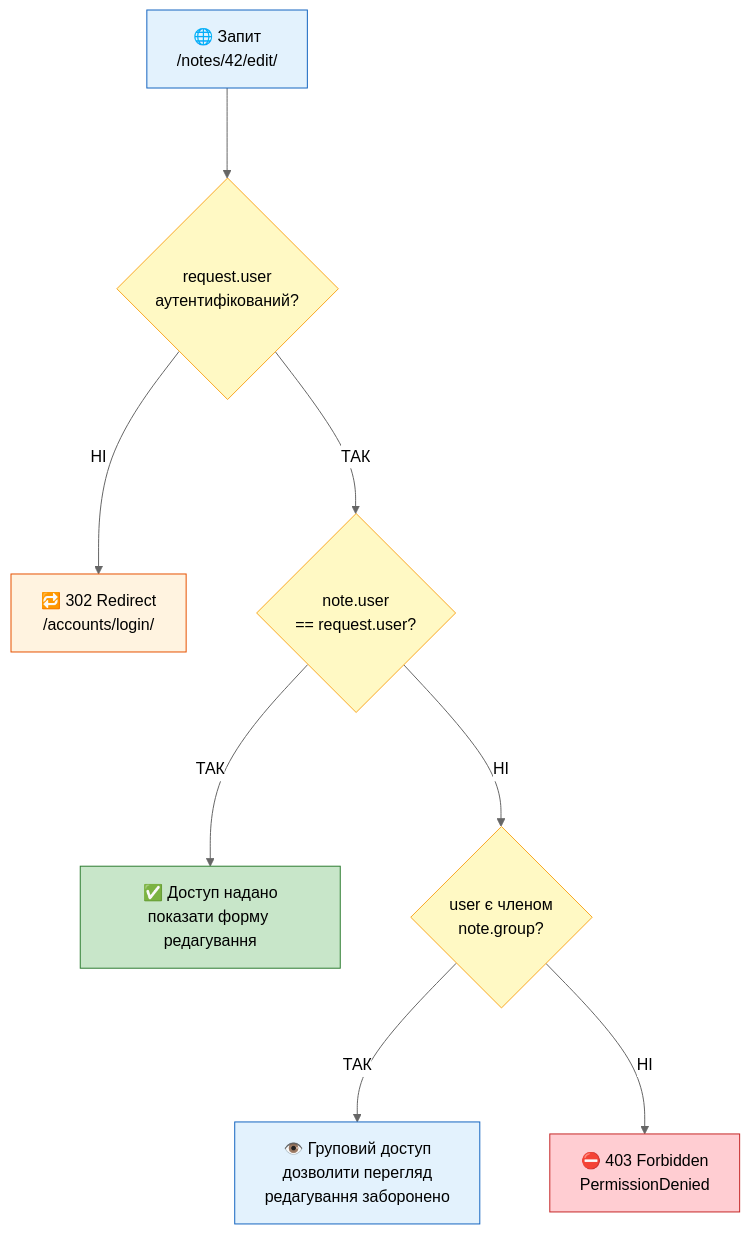
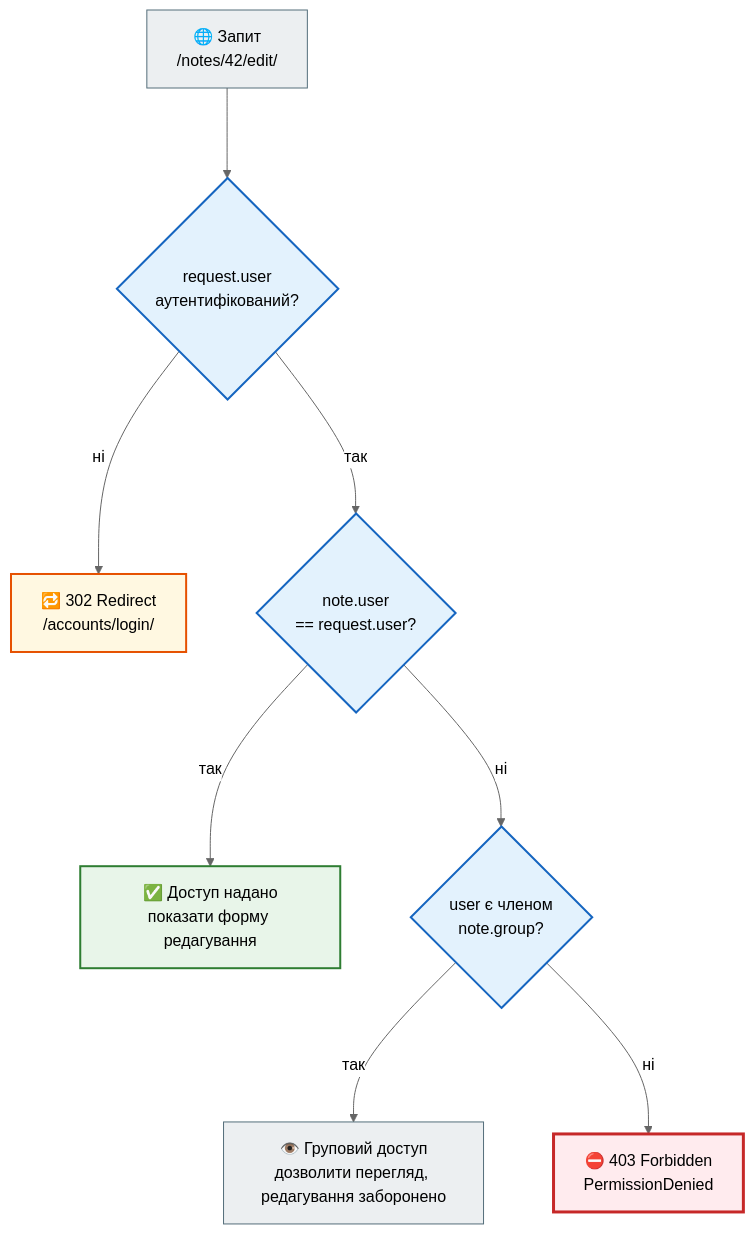
One commit to NikoriakViktot/notes_chat_app changed the eighth of 11 diagrams in docs/07_auth_and_security/security_foundations_full.md. Above: the diagram before and after it, drawn with Mermaid (neutral theme). The commit also changed other lines of this file and 441 other files, not shown here.

First line of the commit message:
Add English version of the book, Mermaid standard, docs fixes

````diff
--- a/docs/07_auth_and_security/security_foundations_full.md
+++ b/docs/07_auth_and_security/security_foundations_full.md
@@ -421,41 +417,43 @@
 ```mermaid
 %%{init: {'flowchart': {'nodeSpacing': 70, 'rankSpacing': 90}}}%%
 flowchart TD
 
     R["🌐 Запит<br/>/notes/42/edit/"]
 
     Q1{"request.user<br/>аутентифікований?"}
 
     R1["🔁 302 Redirect<br/>/accounts/login/"]
 
     Q2{"note.user<br/>== request.user?"}
 
     A1["✅ Доступ надано<br/>показати форму редагування"]
 
     Q3{"user є членом<br/>note.group?"}
 
-    A2["👁️ Груповий доступ<br/>дозволити перегляд<br/>редагування заборонено"]
+    A2["👁️ Груповий доступ<br/>дозволити перегляд, редагування заборонено"]
 
     A3["⛔ 403 Forbidden<br/>PermissionDenied"]
 
     R --> Q1
 
-    Q1 -->|НІ| R1
-    Q1 -->|ТАК| Q2
+    Q1 -->|ні| R1
+    Q1 -->|так| Q2
 
-    Q2 -->|ТАК| A1
-    Q2 -->|НІ| Q3
+    Q2 -->|так| A1
+    Q2 -->|ні| Q3
 
-    Q3 -->|ТАК| A2
-    Q3 -->|НІ| A3
+    Q3 -->|так| A2
+    Q3 -->|ні| A3
 
-    style R fill:#e3f2fd,stroke:#1565c0,color:#000000
-    style Q1 fill:#fff9c4,stroke:#f9a825,color:#000000
-    style Q2 fill:#fff9c4,stroke:#f9a825,color:#000000
-    style Q3 fill:#fff9c4,stroke:#f9a825,color:#000000
-
-    style R1 fill:#fff3e0,stroke:#e65100,color:#000000
-    style A1 fill:#c8e6c9,stroke:#2e7d32,color:#000000
-    style A2 fill:#e3f2fd,stroke:#1565c0,color:#000000
-    style A3 fill:#ffcdd2,stroke:#c62828,color:#000000
+    classDef step     fill:#eceff1,stroke:#546e7a,stroke-width:1px;
+    classDef decision fill:#e3f2fd,stroke:#1565c0,stroke-width:2px;
+    classDef success  fill:#e8f5e9,stroke:#2e7d32,stroke-width:2px;
+    classDef error    fill:#ffebee,stroke:#c62828,stroke-width:3px;
+    classDef warning  fill:#fff8e1,stroke:#e65100,stroke-width:2px;
+    class R step;
+    class Q1,Q2,Q3 decision;
+    class R1 warning;
+    class A1 success;
+    class A2 step;
+    class A3 error;
 ```
````
